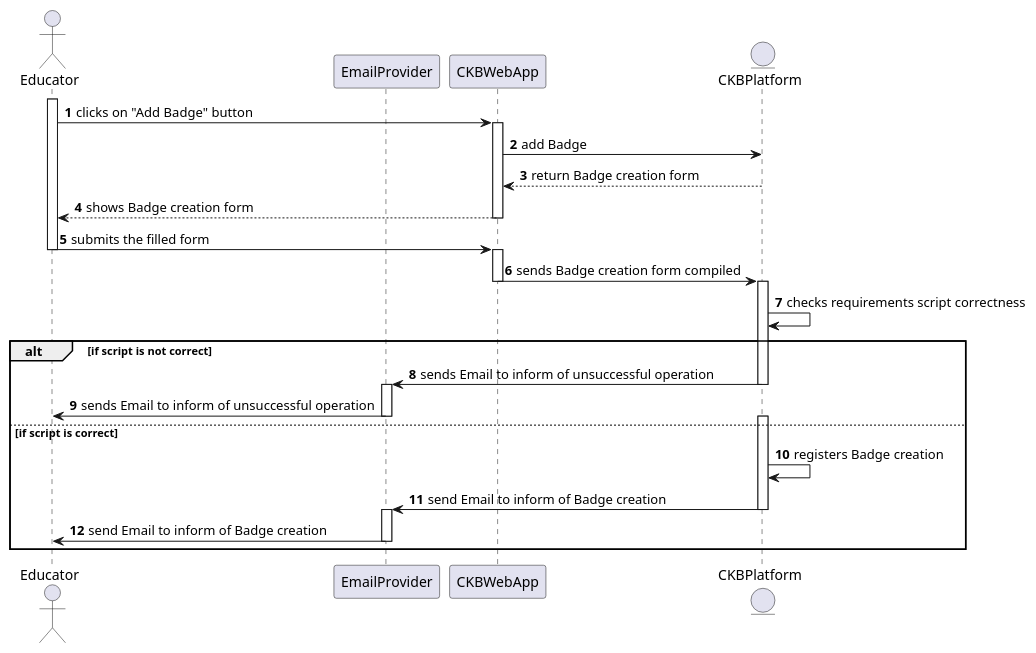
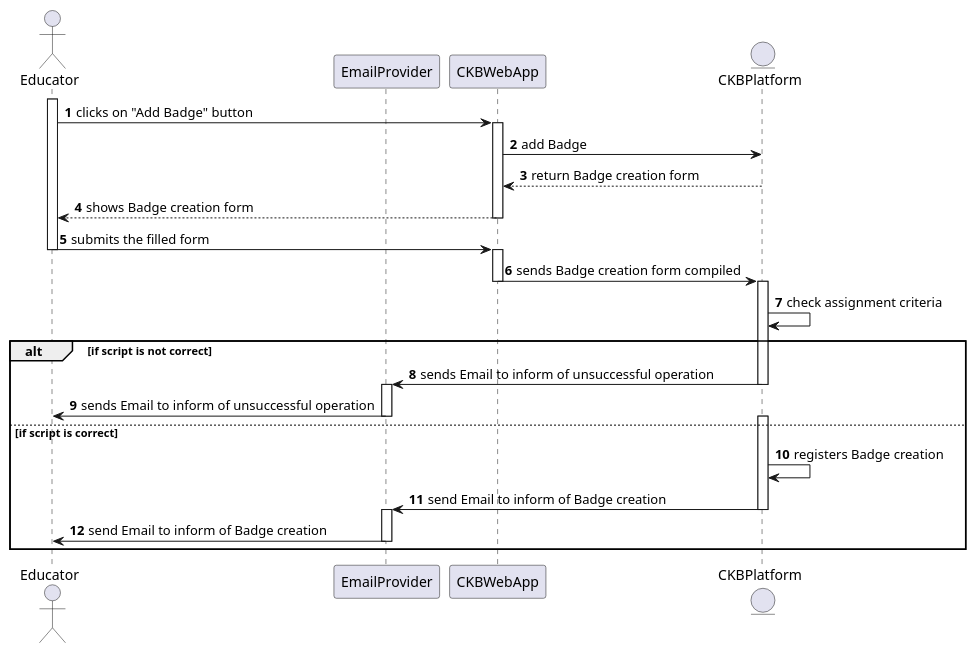
One commit to Angelo7672/SE2_Requirement-and-Design-Document changed the diagram in _RASD/Images/UML/sequenceDiagram/sequenceDiagramUC7.wsd. Above: the diagram before and after it, drawn with PlantUML. The commit also changed 5 other files, not shown here.

```diff
--- a/_RASD/Images/UML/sequenceDiagram/sequenceDiagramUC7.wsd
+++ b/_RASD/Images/UML/sequenceDiagram/sequenceDiagramUC7.wsd
@@ -1,41 +1,41 @@
 @startuml
 
 autonumber
 
 actor Educator as E
 participant EmailProvider as EP
 participant CKBWebApp as A
 entity CKBPlatform as P
 
 activate E
 E -> A: clicks on "Add Badge" button
 activate A
 A -> P: add Badge
 P --> A: return Badge creation form
 E <-- A: shows Badge creation form
 deactivate A
 E -> A: submits the filled form
 deactivate E
 activate A
 A -> P: sends Badge creation form compiled
 deactivate A
 activate P
-P -> P: checks requirements script correctness
+P -> P: check assignment criteria
 
 alt if script is not correct
     P -> EP: sends Email to inform of unsuccessful operation
     deactivate P
     activate EP
     E <- EP: sends Email to inform of unsuccessful operation
     deactivate EP
 else if script is correct
     activate P
     P -> P: registers Badge creation
     P -> EP: send Email to inform of Badge creation
     deactivate P
     activate EP
     E <- EP: send Email to inform of Badge creation
     deactivate EP
 end
 
 @enduml
```
